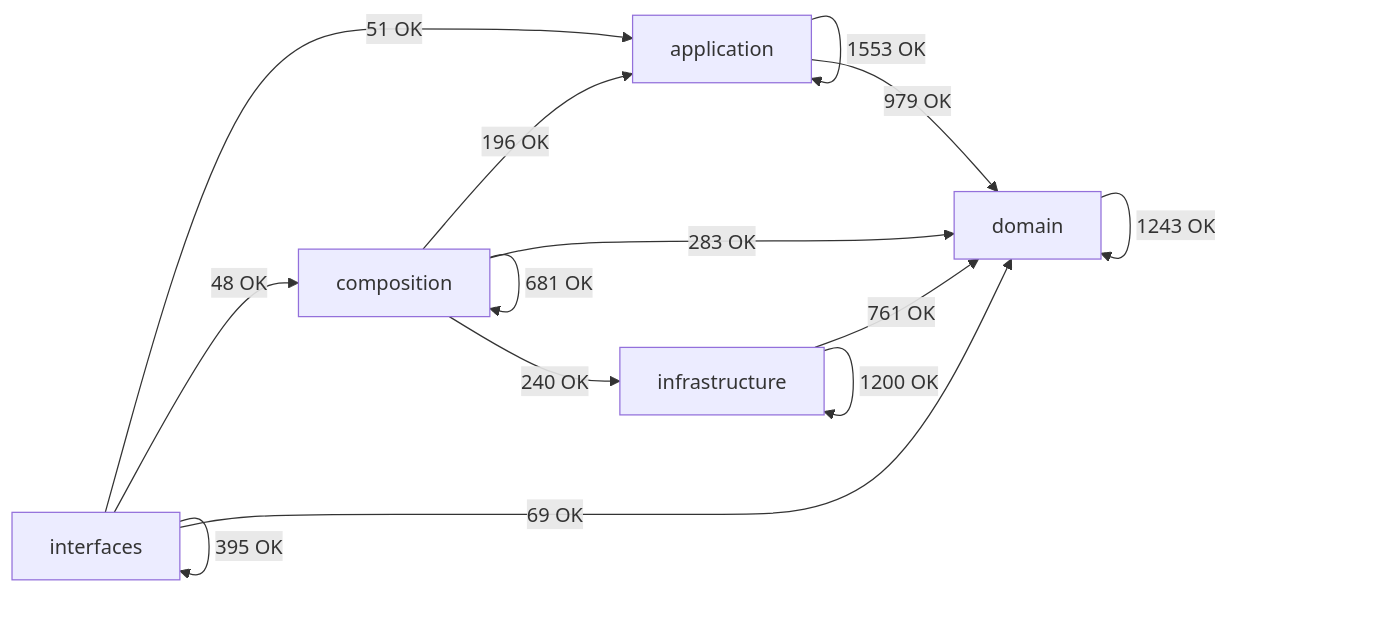
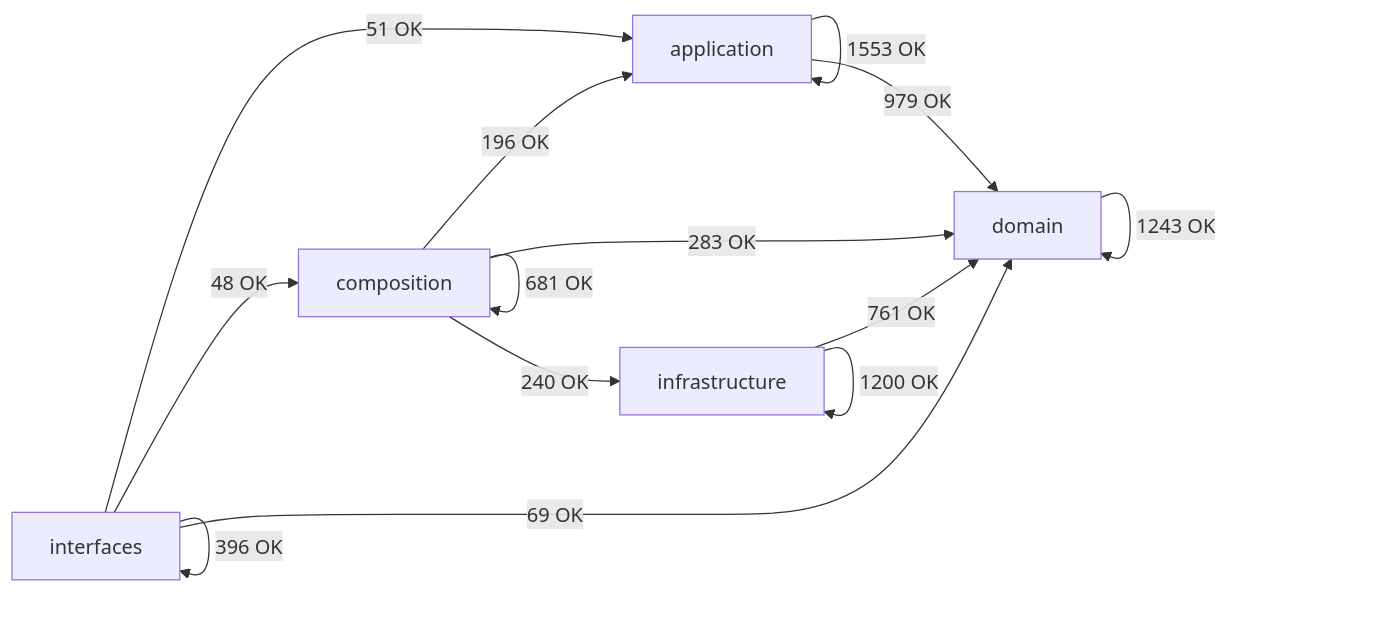
One commit to SatoryKono/BioactivityDataAcquisition changed the diagram in docs/02-architecture/generated/module-dependency-map.md. Above: the diagram before and after it, drawn with Mermaid. The commit also changed other lines of this file and 9 other files, not shown here.

````diff
--- a/docs/02-architecture/generated/module-dependency-map.md
+++ b/docs/02-architecture/generated/module-dependency-map.md
@@ -17,21 +17,21 @@
 ```mermaid
 flowchart LR
     domain[domain]
     application[application]
     infrastructure[infrastructure]
     composition[composition]
     interfaces[interfaces]
     application -->|1553 OK| application
     application -->|979 OK| domain
     composition -->|196 OK| application
     composition -->|681 OK| composition
     composition -->|283 OK| domain
     composition -->|240 OK| infrastructure
     domain -->|1243 OK| domain
     infrastructure -->|761 OK| domain
     infrastructure -->|1200 OK| infrastructure
     interfaces -->|51 OK| application
     interfaces -->|48 OK| composition
     interfaces -->|69 OK| domain
-    interfaces -->|395 OK| interfaces
+    interfaces -->|396 OK| interfaces
 ```
````
